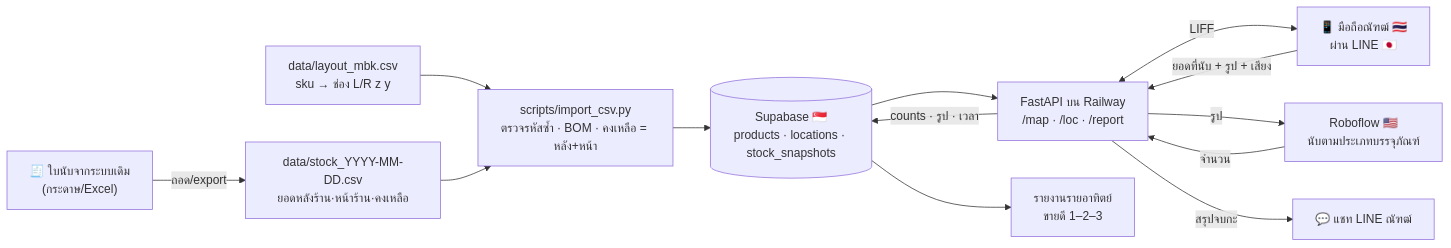
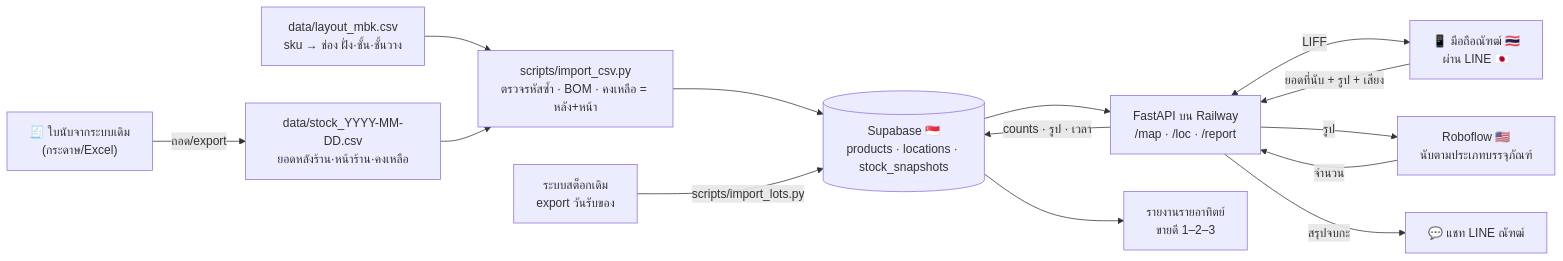
The diagram in docs/specs/2026-10-06-stock-count-design.md (Lemonade678/Avatar_clinic), drawn with Mermaid before and after one commit. The commit also changed other lines of this file and 4 other files, not shown here.

````diff
--- a/docs/specs/2026-10-06-stock-count-design.md
+++ b/docs/specs/2026-10-06-stock-count-design.md
@@ -83,15 +85,16 @@
 ```mermaid
 flowchart LR
   sheet["🧾 ใบนับจากระบบเดิม<br>(กระดาษ/Excel)"] -->|ถอด/export| csv["data/stock_YYYY-MM-DD.csv<br>ยอดหลังร้าน·หน้าร้าน·คงเหลือ"]
-  layout["data/layout_mbk.csv<br>sku → ช่อง L/R z y"] --> imp
+  layout["data/layout_mbk.csv<br>sku → ช่อง ฝั่ง·ชั้น·ชั้นวาง"] --> imp
   csv --> imp["scripts/import_csv.py<br>ตรวจรหัสซ้ำ · BOM · คงเหลือ = หลัง+หน้า"]
   imp --> db[("Supabase 🇸🇬<br>products · locations · stock_snapshots")]
+  legacy["ระบบสต็อกเดิม<br>export วันรับของ"] -->|scripts/import_lots.py| db
   db --> app["FastAPI บน Railway<br>/map · /loc · /report"]
   app <-->|LIFF| phone["📱 มือถือณัฑฒ์ 🇹🇭<br>ผ่าน LINE 🇯🇵"]
   phone -->|ยอดที่นับ + รูป + เสียง| app
   app -->|รูป| rf["Roboflow 🇺🇸<br>นับตามประเภทบรรจุภัณฑ์"]
   rf -->|จำนวน| app
   app -->|counts · รูป · เวลา| db
   db --> rep["รายงานรายอาทิตย์<br>ขายดี 1–2–3"]
   app -->|สรุปจบกะ| line["💬 แชท LINE ณัฑฒ์"]
 ```
````
